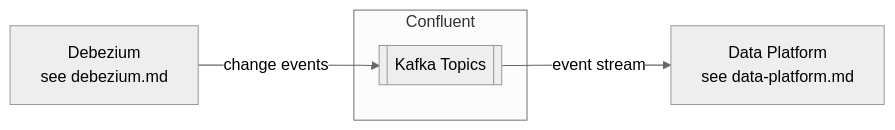
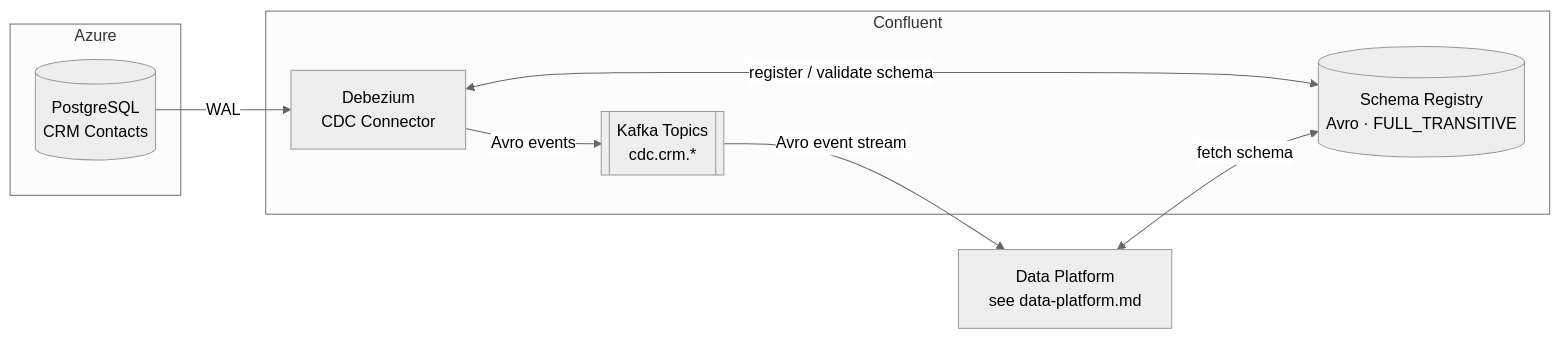
The diagram in colaco-arch/confluent-kafka.md (samuelramos/entourage), drawn with Mermaid (neutral theme) before and after one commit. The commit also changed other lines of this file and 4 other files, not shown here.

Commit message:
Merge Debezium and Schema Registry into confluent-kafka.md

````diff
--- a/colaco-arch/confluent-kafka.md
+++ b/colaco-arch/confluent-kafka.md
@@ -24,11 +67,18 @@
 ```mermaid
 flowchart LR
-    debezium[Debezium\nsee debezium.md]
+    subgraph Azure
+        pg[(PostgreSQL\nCRM Contacts)]
+    end
     subgraph Confluent
-        kafka[[Kafka Topics]]
+        debezium[Debezium\nCDC Connector]
+        sr[(Schema Registry\nAvro · FULL_TRANSITIVE)]
+        kafka[[Kafka Topics\ncdc.crm.*]]
+        debezium <-->|"register / validate schema"| sr
+        debezium -->|"Avro events"| kafka
     end
     dp[Data Platform\nsee data-platform.md]
 
-    debezium -->|change events| kafka
-    kafka -->|event stream| dp
+    pg -->|WAL| debezium
+    kafka -->|"Avro event stream"| dp
+    dp <-->|"fetch schema"| sr
 ```
````
